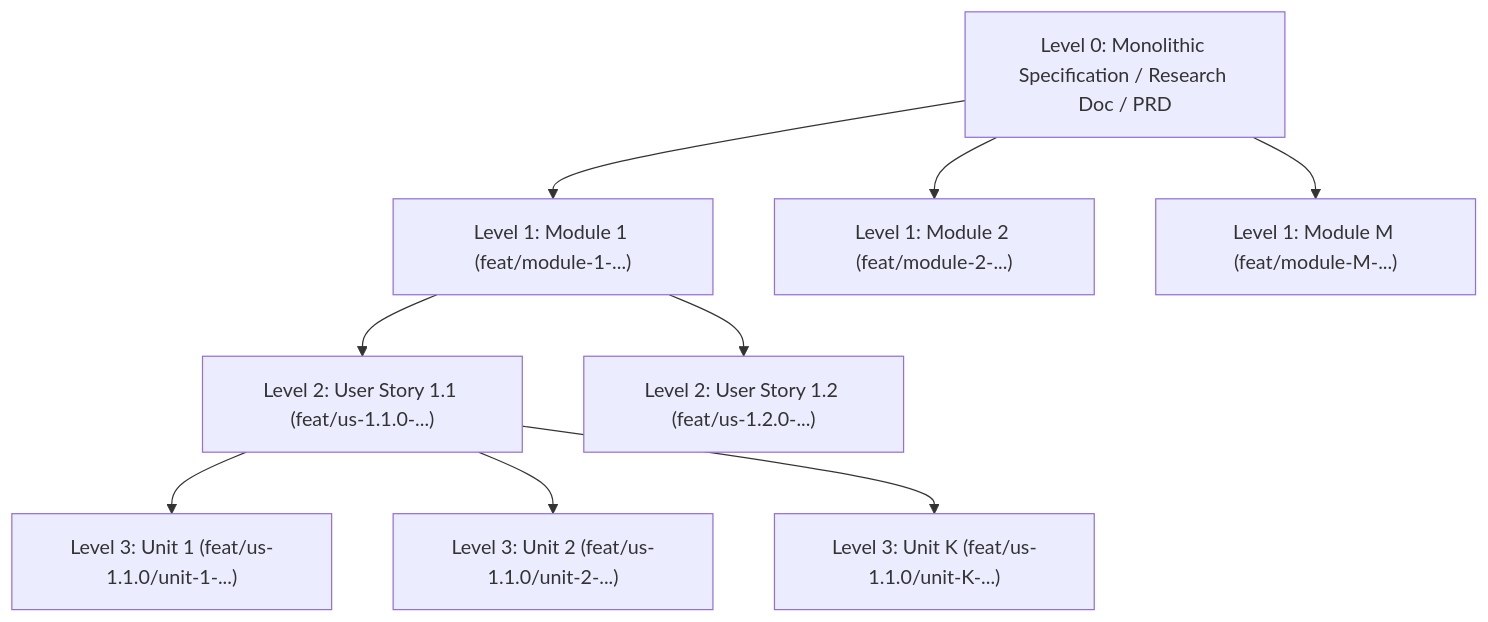
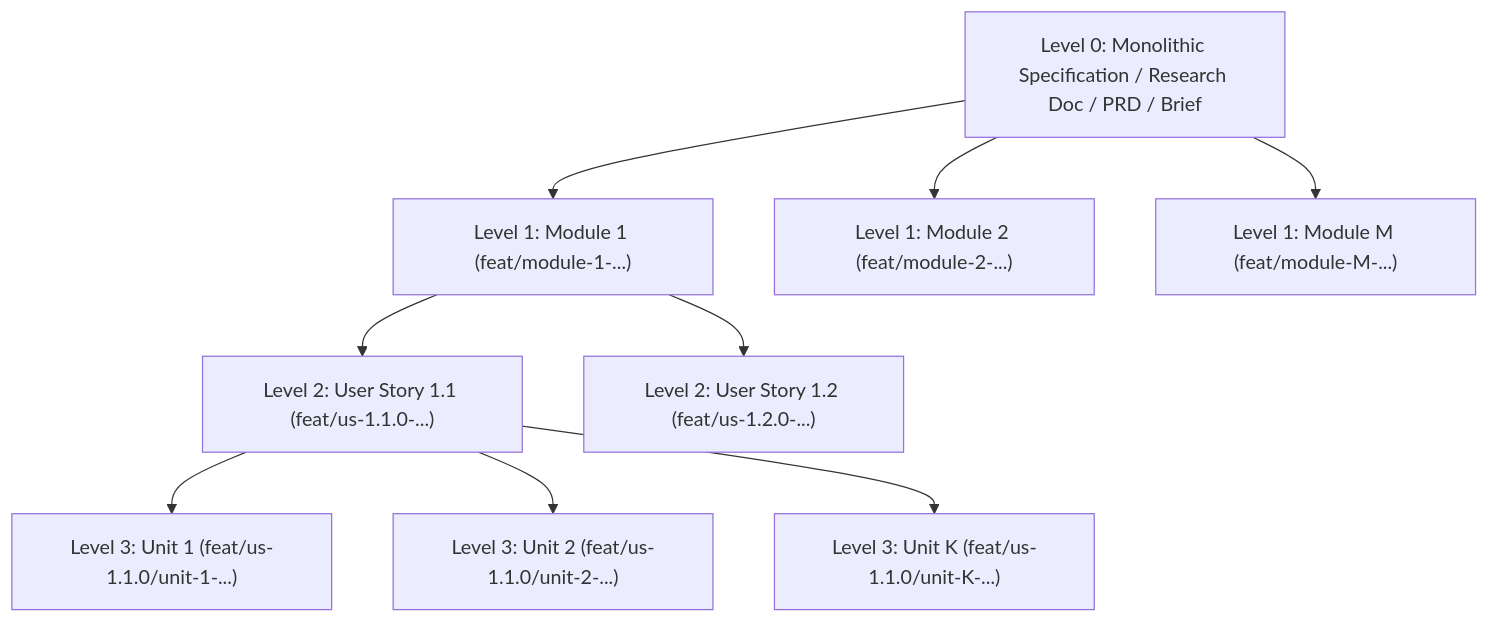
One commit to some-of-cs/divide-and-conquer-dev-plugin changed the diagram in skills/spec-decomposition/SKILL.md. Above: the diagram before and after it, drawn with Mermaid. The commit also changed other lines of this file and 27 other files, not shown here.

````diff
--- a/skills/spec-decomposition/SKILL.md
+++ b/skills/spec-decomposition/SKILL.md
@@ -14,13 +16,13 @@
 ```mermaid
 flowchart TD
-    M0["Level 0: Monolithic Specification / Research Doc / PRD"] --> M1["Level 1: Module 1 (feat/module-1-...)"]
+    M0["Level 0: Monolithic Specification / Research Doc / PRD / Brief"] --> M1["Level 1: Module 1 (feat/module-1-...)"]
     M0 --> M2["Level 1: Module 2 (feat/module-2-...)"]
     M0 --> MN["Level 1: Module M (feat/module-M-...)"]
 
     M1 --> S1["Level 2: User Story 1.1 (feat/us-1.1.0-...)"]
     M1 --> S2["Level 2: User Story 1.2 (feat/us-1.2.0-...)"]
 
     S1 --> U1["Level 3: Unit 1 (feat/us-1.1.0/unit-1-...)"]
     S1 --> U2["Level 3: Unit 2 (feat/us-1.1.0/unit-2-...)"]
     S1 --> UK["Level 3: Unit K (feat/us-1.1.0/unit-K-...)"]
 ```
````
